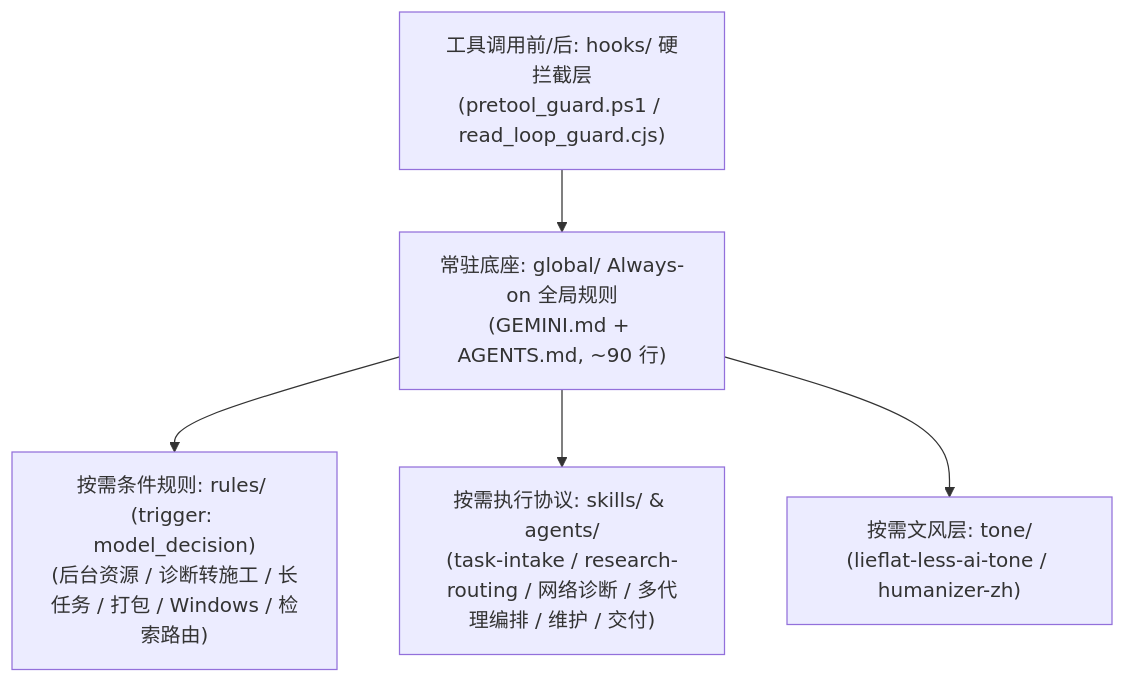
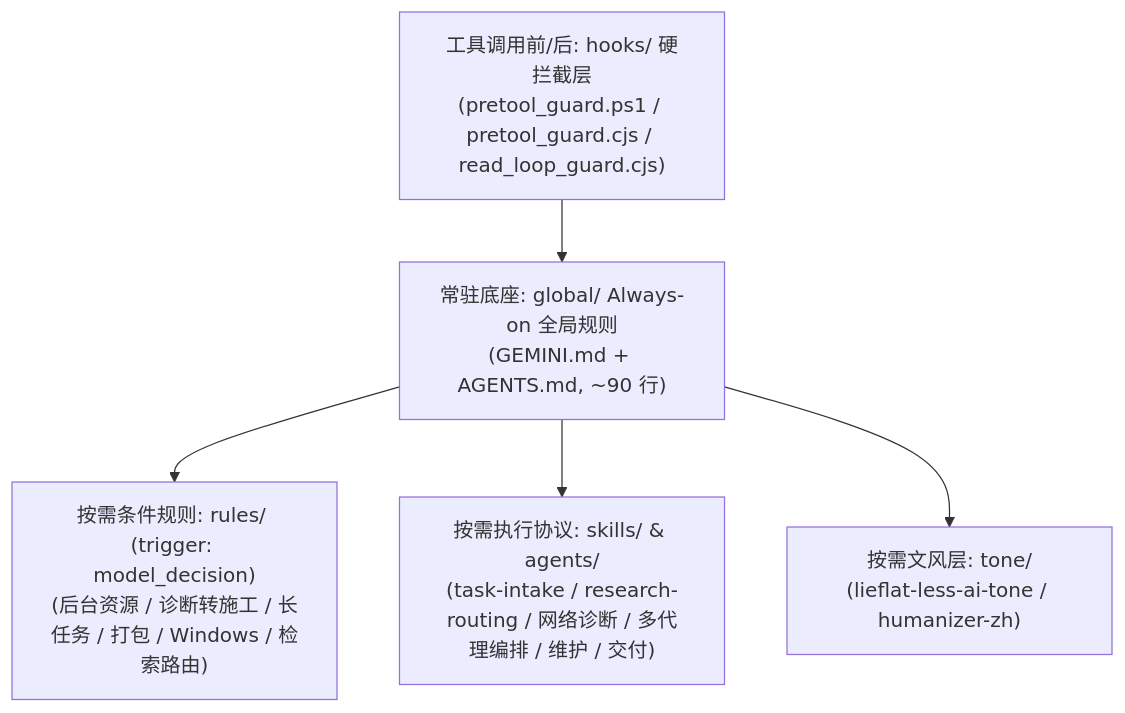
Before and after one commit to LEN5010/antigravity-agent-rules: the diagram in README.md, drawn with Mermaid. The commit also changed other lines of this file and 7 other files, not shown here.

````diff
--- a/README.md
+++ b/README.md
@@ -124,7 +131,7 @@
 ```mermaid
 flowchart TD
-    A["工具调用前/后: hooks/ 硬拦截层<br/>(pretool_guard.ps1 / read_loop_guard.cjs)"] --> B["常驻底座: global/ Always-on 全局规则<br/>(GEMINI.md + AGENTS.md, ~90 行)"]
+    A["工具调用前/后: hooks/ 硬拦截层<br/>(pretool_guard.ps1 / pretool_guard.cjs / read_loop_guard.cjs)"] --> B["常驻底座: global/ Always-on 全局规则<br/>(GEMINI.md + AGENTS.md, ~90 行)"]
     B --> C["按需条件规则: rules/ (trigger: model_decision)<br/>(后台资源 / 诊断转施工 / 长任务 / 打包 / Windows / 检索路由)"]
     B --> D["按需执行协议: skills/ & agents/<br/>(task-intake / research-routing / 网络诊断 / 多代理编排 / 维护 / 交付)"]
     B --> E["按需文风层: tone/<br/>(lieflat-less-ai-tone / humanizer-zh)"]
 ```
````
